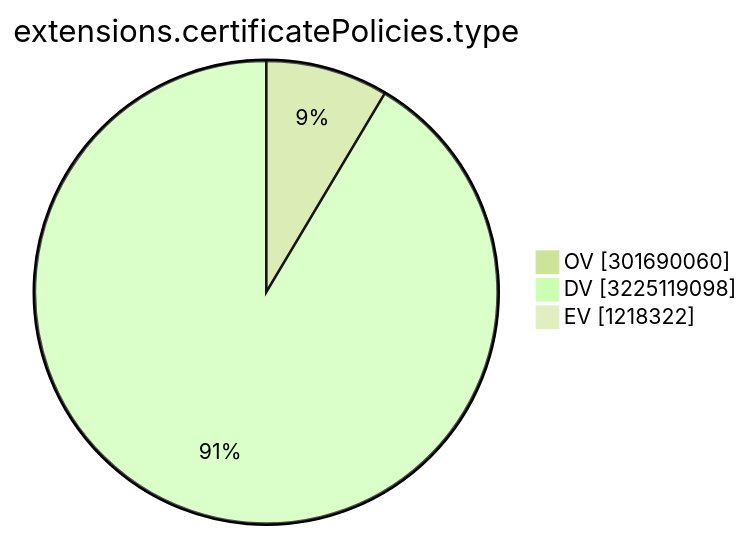
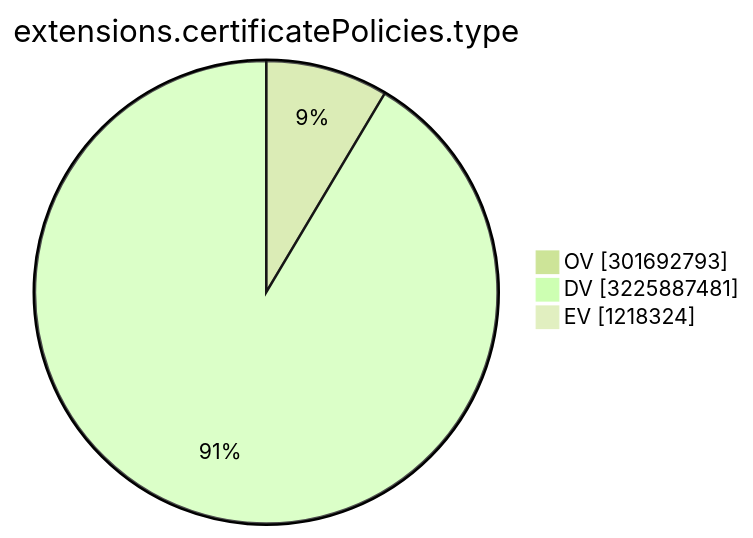
One commit to christiankrug/ctmonitor_visualization changed the ninth of 15 diagrams in TOTAL/README.md. Above: the diagram before and after it, drawn with Mermaid (forest theme). The commit also changed other lines of this file, not shown here.

````diff
--- a/TOTAL/README.md
+++ b/TOTAL/README.md
@@ -3107,7 +3107,7 @@
 ```mermaid
 pie showData
 title extensions.certificatePolicies.type
-"OV" :301690060
-"DV" :3225119098
-"EV" :1218322
+"OV" :301692793
+"DV" :3225887481
+"EV" :1218324
 ```
````
